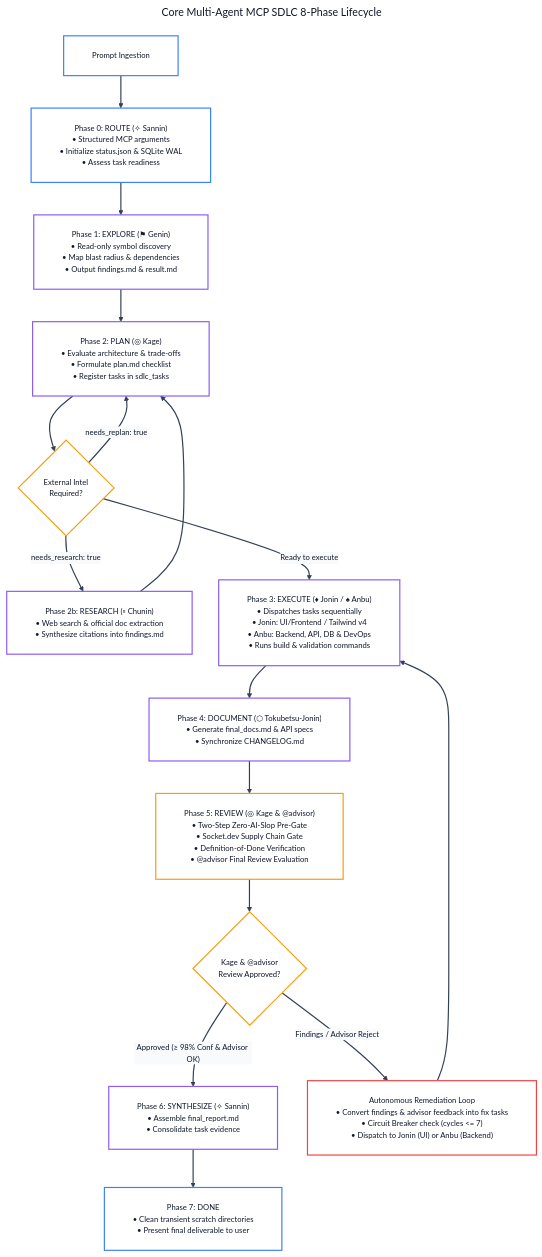
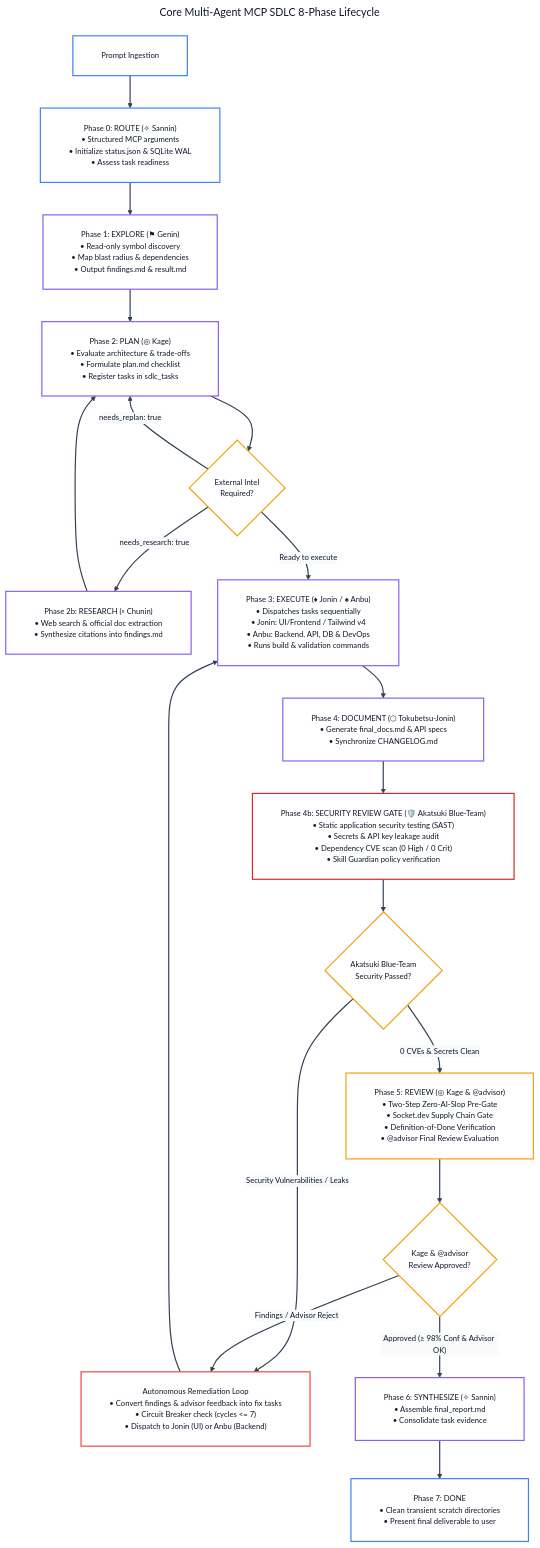
Before and after one commit to andycungkrinx91/konoha: the second of 15 diagrams in docs/ALL-WORKFLOW-DIAGRAMS.md, drawn with Mermaid. The commit also changed other lines of this file and 103 other files, not shown here.

Commit message:
feat(security,workflows): sync 2.2.7 multi-client, akatsuki blue/red workflows & universal polyglot diagrams

````diff
--- a/docs/ALL-WORKFLOW-DIAGRAMS.md
+++ b/docs/ALL-WORKFLOW-DIAGRAMS.md
@@ -107,58 +110,64 @@
 ```mermaid
 ---
 title: Core Multi-Agent MCP SDLC 8-Phase Lifecycle
 config:
   theme: base
   themeVariables:
     darkMode: false
     background: '#ffffff'
     mainBkg: '#ffffff'
     primaryColor: '#ffffff'
     primaryTextColor: '#0f172a'
     primaryBorderColor: '#8b5cf6'
     lineColor: '#334155'
     arrowheadColor: '#334155'
     secondaryColor: '#f8fafc'
     tertiaryColor: '#ffffff'
     fontFamily: 'Inter, system-ui, -apple-system, sans-serif'
     fontSize: '13px'
   flowchart:
     nodeSpacing: 45
     rankSpacing: 55
     padding: 24
     wrappingWidth: 380
 ---
 flowchart TD
     Init["Prompt Ingestion"] --> Phase0["Phase 0: ROUTE (✧ Sannin)<br/>• Structured MCP arguments<br/>• Initialize status.json &amp; SQLite WAL<br/>• Assess task readiness"]
     Phase0 --> Phase1["Phase 1: EXPLORE (⚑ Genin)<br/>• Read-only symbol discovery<br/>• Map blast radius &amp; dependencies<br/>• Output findings.md &amp; result.md"]
     Phase1 --> Phase2["Phase 2: PLAN (◎ Kage)<br/>• Evaluate architecture &amp; trade-offs<br/>• Formulate plan.md checklist<br/>• Register tasks in sdlc_tasks"]
 
     Phase2 --> CheckResearch{"External Intel<br/>Required?"}
     CheckResearch -- "needs_research: true" --> Phase2b["Phase 2b: RESEARCH (▫ Chunin)<br/>• Web search &amp; official doc extraction<br/>• Synthesize citations into findings.md"]
     Phase2b --> Phase2
     CheckResearch -- "needs_replan: true" --> Phase2
     CheckResearch -- "Ready to execute" --> Phase3["Phase 3: EXECUTE (♦ Jonin / ♠ Anbu)<br/>• Dispatches tasks sequentially<br/>• Jonin: UI/Frontend / Tailwind v4<br/>• Anbu: Backend, API, DB &amp; DevOps<br/>• Runs build &amp; validation commands"]
 
     Phase3 --> Phase4["Phase 4: DOCUMENT (⬡ Tokubetsu-Jonin)<br/>• Generate final_docs.md &amp; API specs<br/>• Synchronize CHANGELOG.md"]
-    Phase4 --> Phase5["Phase 5: REVIEW (◎ Kage &amp; @advisor)<br/>• Two-Step Zero-AI-Slop Pre-Gate<br/>• Socket.dev Supply Chain Gate<br/>• Definition-of-Done Verification<br/>• @advisor Final Review Evaluation"]
+    Phase4 --> Phase4b["Phase 4b: SECURITY REVIEW GATE (🛡️ Akatsuki Blue-Team)<br/>• Static application security testing (SAST)<br/>• Secrets &amp; API key leakage audit<br/>• Dependency CVE scan (0 High / 0 Crit)<br/>• Skill Guardian policy verification"]
+
+    Phase4b --> CheckSecurity{"Akatsuki Blue-Team<br/>Security Passed?"}
+    CheckSecurity -- "0 CVEs &amp; Secrets Clean" --> Phase5["Phase 5: REVIEW (◎ Kage &amp; @advisor)<br/>• Two-Step Zero-AI-Slop Pre-Gate<br/>• Socket.dev Supply Chain Gate<br/>• Definition-of-Done Verification<br/>• @advisor Final Review Evaluation"]
+    CheckSecurity -- "Security Vulnerabilities / Leaks" --> Remediation["Autonomous Remediation Loop<br/>• Convert findings &amp; advisor feedback into fix tasks<br/>• Circuit Breaker check (cycles &lt;= 7)<br/>• Dispatch to Jonin (UI) or Anbu (Backend)"]
 
     Phase5 --> CheckReview{"Kage &amp; @advisor<br/>Review Approved?"}
     CheckReview -- "Approved (≥ 98% Conf &amp; Advisor OK)" --> Phase6["Phase 6: SYNTHESIZE (✧ Sannin)<br/>• Assemble final_report.md<br/>• Consolidate task evidence"]
     Phase6 --> Phase7["Phase 7: DONE<br/>• Clean transient scratch directories<br/>• Present final deliverable to user"]
 
-    CheckReview -- "Findings / Advisor Reject" --> Remediation["Autonomous Remediation Loop<br/>• Convert findings &amp; advisor feedback into fix tasks<br/>• Circuit Breaker check (cycles &lt;= 7)<br/>• Dispatch to Jonin (UI) or Anbu (Backend)"]
+    CheckReview -- "Findings / Advisor Reject" --> Remediation
     Remediation --> Phase3
 
     linkStyle default stroke:#334155,stroke-width:2px;
 
     classDef routeNode fill:#ffffff,stroke:#3b82f6,color:#0f172a,stroke-width:2px;
     classDef executeNode fill:#ffffff,stroke:#8b5cf6,color:#0f172a,stroke-width:2px;
     classDef reviewNode fill:#ffffff,stroke:#f59e0b,color:#0f172a,stroke-width:2px;
+    classDef securityNode fill:#ffffff,stroke:#dc2626,color:#0f172a,stroke-width:2px;
     classDef failNode fill:#ffffff,stroke:#ef4444,color:#0f172a,stroke-width:2px;
     classDef passNode fill:#ffffff,stroke:#10b981,color:#0f172a,stroke-width:2px;
 
     class Init,Phase0,Phase7 routeNode;
     class Phase1,Phase2,Phase2b,Phase3,Phase4,Phase6 executeNode;
-    class Phase5,CheckReview,CheckResearch reviewNode;
+    class Phase4b securityNode;
+    class Phase5,CheckReview,CheckResearch,CheckSecurity reviewNode;
     class Remediation failNode;
 ```
````
